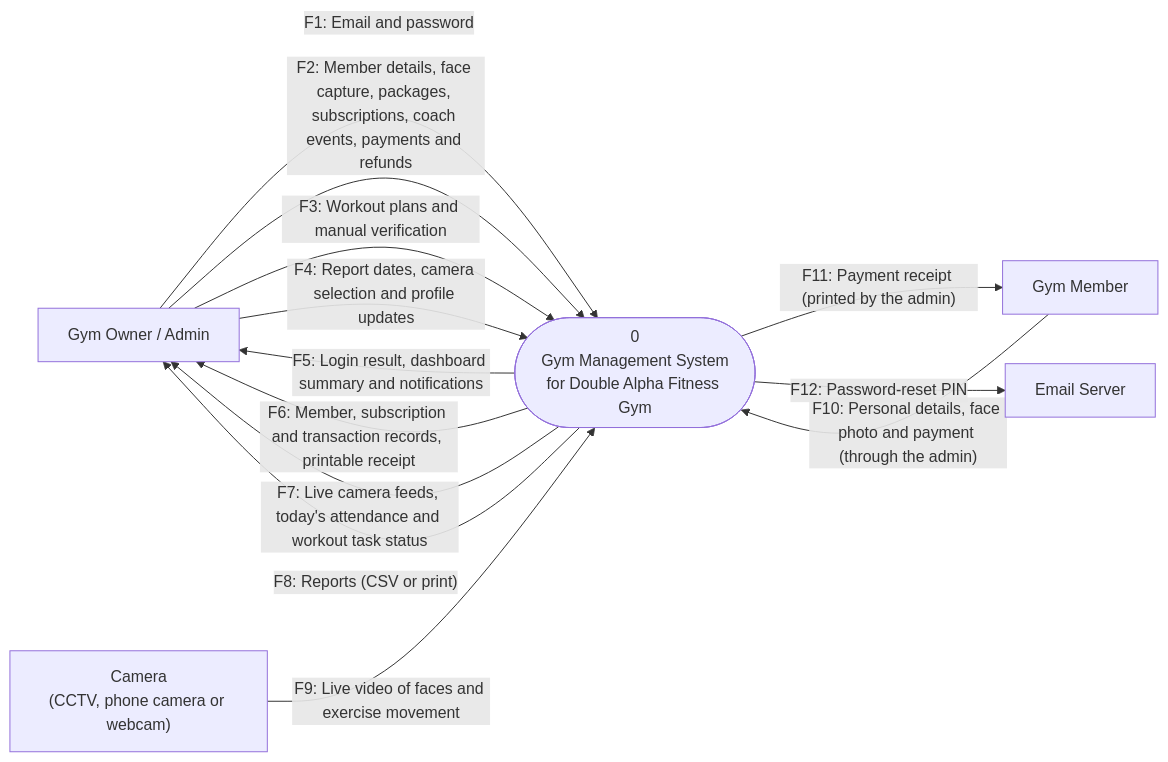
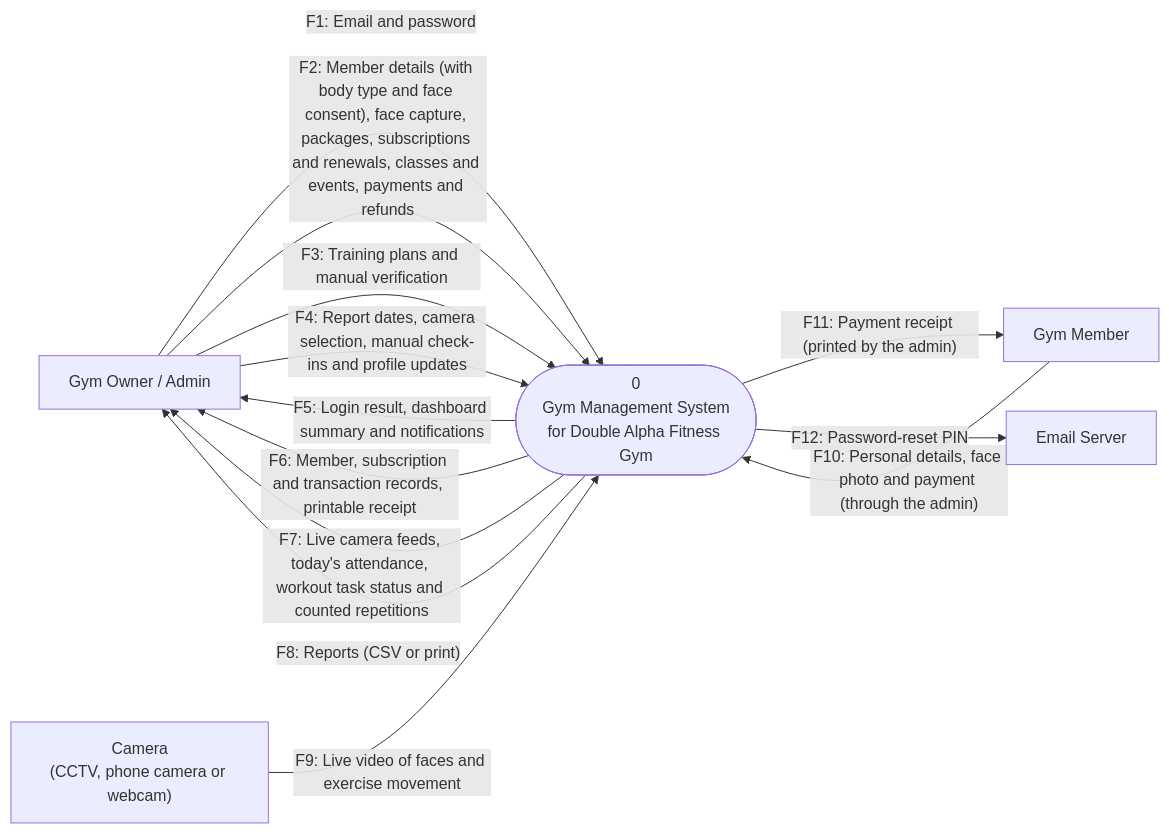
Before and after one commit to Plonteras191/GYM2-CAPSTONE: the third of 9 diagrams in Updated Current Plan For Development/Chapter4_Diagrams (2).md, drawn with Mermaid. The commit also changed other lines of this file and 7 other files, not shown here.

First line of the commit message:
docs(diagrams): align Chapter 4 and Correct_Diagrams with the system as built

````diff
--- a/Updated Current Plan For Development/Chapter4_Diagrams (2).md
+++ b/Updated Current Plan For Development/Chapter4_Diagrams (2).md
@@ -136,23 +165,23 @@
 ```mermaid
 flowchart LR
     Admin["Gym Owner / Admin"]
     Camera["Camera<br/>(CCTV, phone camera or webcam)"]
     Member["Gym Member"]
     Mail["Email Server"]
     System(["0<br/>Gym Management System<br/>for Double Alpha Fitness Gym"])
 
     Admin -->|"F1: Email and password"| System
-    Admin -->|"F2: Member details, face capture, packages, subscriptions, coach events, payments and refunds"| System
-    Admin -->|"F3: Workout plans and manual verification"| System
-    Admin -->|"F4: Report dates, camera selection and profile updates"| System
+    Admin -->|"F2: Member details (with body type and face consent), face capture, packages, subscriptions and renewals, classes and events, payments and refunds"| System
+    Admin -->|"F3: Training plans and manual verification"| System
+    Admin -->|"F4: Report dates, camera selection, manual check-ins and profile updates"| System
 
     System -->|"F5: Login result, dashboard summary and notifications"| Admin
     System -->|"F6: Member, subscription and transaction records, printable receipt"| Admin
-    System -->|"F7: Live camera feeds, today's attendance and workout task status"| Admin
+    System -->|"F7: Live camera feeds, today's attendance, workout task status and counted repetitions"| Admin
     System -->|"F8: Reports (CSV or print)"| Admin
 
     Camera -->|"F9: Live video of faces and exercise movement"| System
     Member -->|"F10: Personal details, face photo and payment (through the admin)"| System
     System -->|"F11: Payment receipt (printed by the admin)"| Member
     System -->|"F12: Password-reset PIN"| Mail
 ```
````
